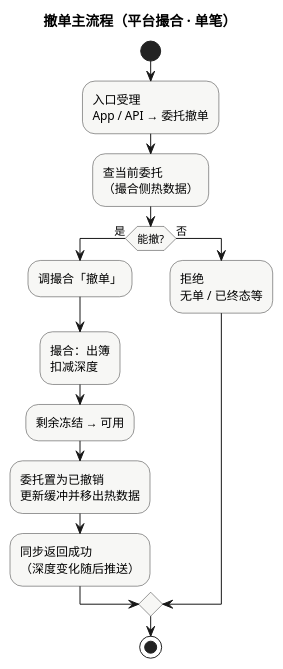
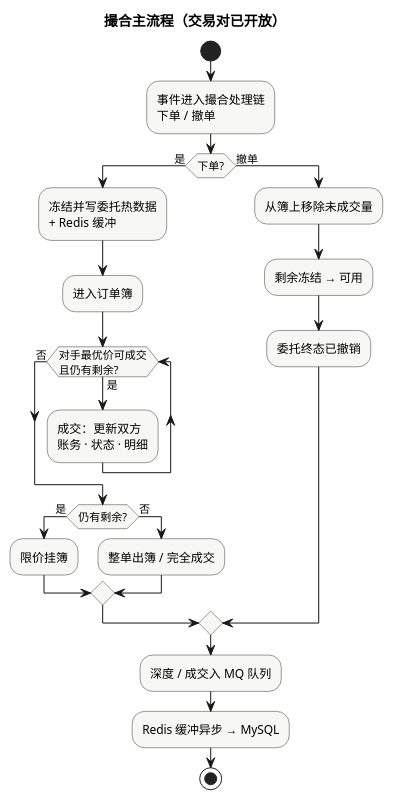
One commit to bridgehsu/tgex.net changed the diagram in docs/07.现货手册/05.核心流程/design/0801-01.plantuml. Above: the diagram before and after it, drawn with PlantUML. The commit also changed 39 other files, not shown here.

First line of the commit message:
Rewrite place/cancel flows as sequence docs and reorder core flow pages.

```diff
--- a/docs/07.现货手册/05.核心流程/design/0801-01.plantuml
+++ b/docs/07.现货手册/05.核心流程/design/0801-01.plantuml
@@ -1,23 +1,31 @@
-@startuml 撤单主流程
+@startuml 撮合主流程
 skinparam shadowing false
 skinparam ActivityBorderColor #333
 skinparam ActivityBackgroundColor #F7F7F5
 
-title 撤单主流程（平台撮合 · 单笔）
+title 撮合主流程（交易对已开放）
 
 start
-:入口受理\nApp / API → 委托撤单;
-:查当前委托\n（撮合侧热数据）;
+:事件进入撮合处理链\n下单 / 撤单;
 
-if (能撤?) then (是)
-  :调撮合「撤单」;
-  :撮合：出簿\n扣减深度;
+if (下单?) then (是)
+  :冻结并写委托热数据\n+ Redis 缓冲;
+  :进入订单簿;
+  while (对手最优价可成交\n且仍有剩余?) is (是)
+    :成交：更新双方\n账务 · 状态 · 明细;
+  endwhile (否)
+  if (仍有剩余?) then (是)
+    :限价挂簿;
+  else (否)
+    :整单出簿 / 完全成交;
+  endif
+else (撤单)
+  :从簿上移除未成交量;
   :剩余冻结 → 可用;
-  :委托置为已撤销\n更新缓冲并移出热数据;
-  :同步返回成功\n（深度变化随后推送）;
-else (否)
-  :拒绝\n无单 / 已终态等;
+  :委托终态已撤销;
 endif
 
+:深度 / 成交入 MQ 队列;
+:Redis 缓冲异步 → MySQL;
 stop
 @enduml
```
